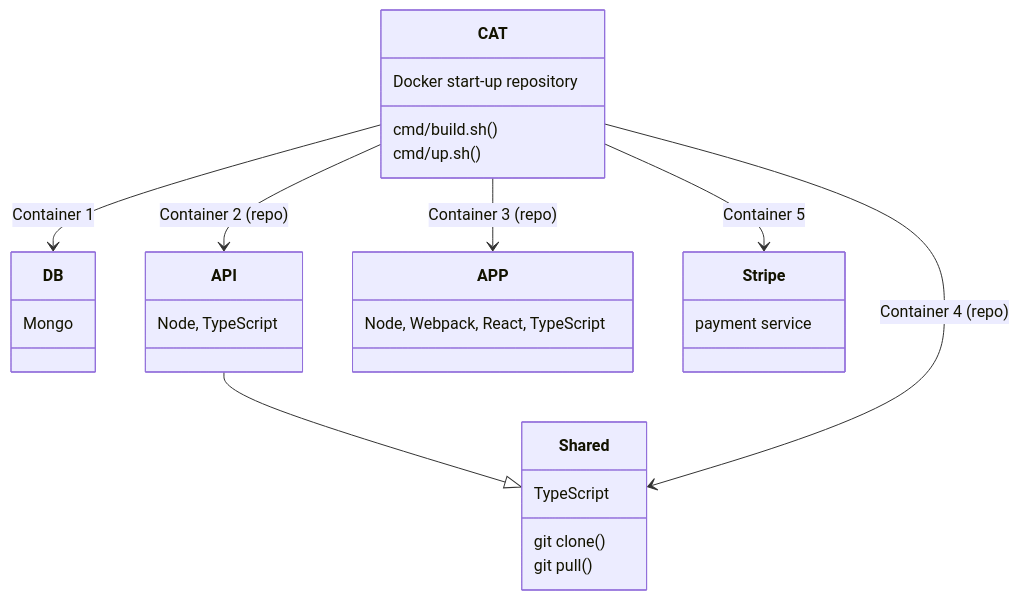
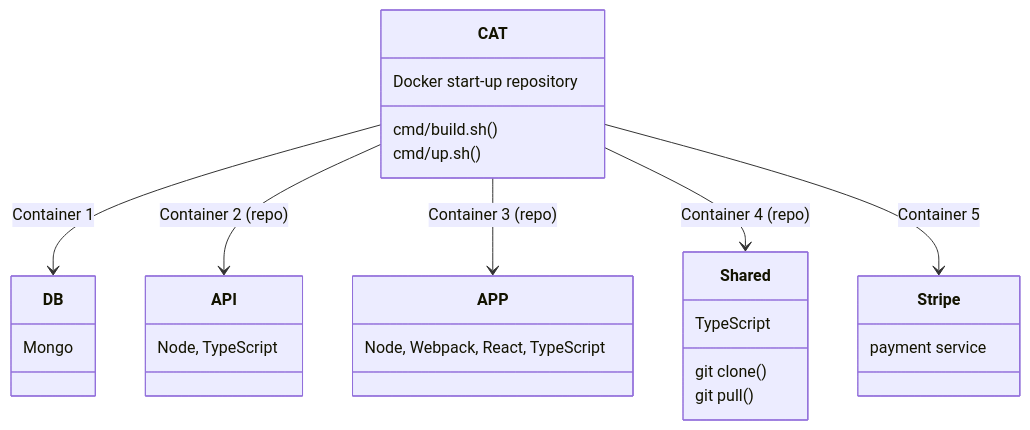
One commit to Karmello/cat-start changed the diagram in README.md. Above: the diagram before and after it, drawn with Mermaid.

Commit message:
repo name change to cat

````diff
--- a/README.md
+++ b/README.md
@@ -8,19 +8,18 @@
 ```mermaid
 classDiagram
 CAT : Docker start-up repository
 CAT: cmd/build.sh()
 CAT: cmd/up.sh()
 DB: Mongo
 API: Node, TypeScript
 APP: Node, Webpack, React, TypeScript
 Shared: TypeScript
 Shared: git clone()
 Shared: git pull()
 Stripe: payment service
 CAT --> DB : Container 1
-API --|> Shared
 CAT --> API : Container 2 (repo)
 CAT --> APP : Container 3 (repo)
 CAT --> Shared : Container 4 (repo)
 CAT --> Stripe : Container 5
 ```
````
